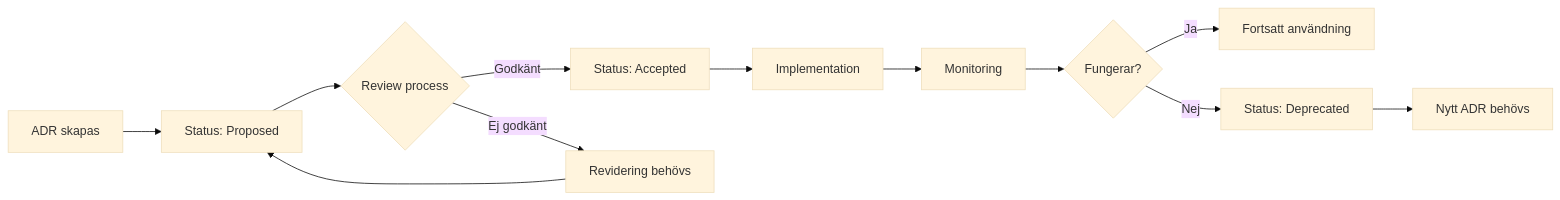
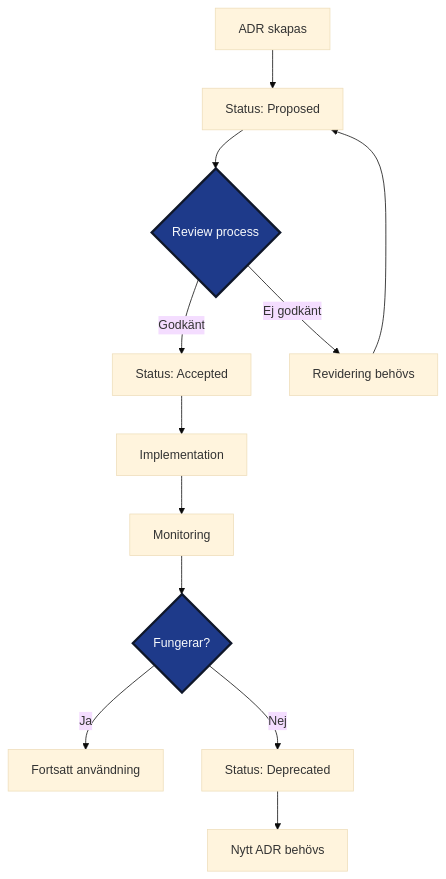
The diagram in docs/images/diagram_04_adr_lifecycle.mmd (Geonitab/architecture_as_code), drawn with Mermaid (base theme) before and after one commit.

Commit message:
Adjust ADR lifecycle diagram orientation and styling

```diff
--- a/docs/images/diagram_04_adr_lifecycle.mmd
+++ b/docs/images/diagram_04_adr_lifecycle.mmd
@@ -1,12 +1,15 @@
-graph LR
+graph TD
     A[ADR skapas]:::kv-primary --> B[Status: Proposed]:::kv-highlight
-    B --> C{Review process}:::kv-outline
+    B --> C{Review process}:::kv-decision
     C -->|Godkänt| D[Status: Accepted]:::kv-accent
     C -->|Ej godkänt| E[Revidering behövs]:::kv-muted
     E --> B
     D --> F[Implementation]:::kv-accent
     F --> G[Monitoring]:::kv-highlight
-    G --> H{Fungerar?}:::kv-outline
+    G --> H{Fungerar?}:::kv-decision
     H -->|Ja| I[Fortsatt användning]:::kv-accent
     H -->|Nej| J[Status: Deprecated]:::kv-muted
     J --> K[Nytt ADR behövs]:::kv-pattern
+
+    classDef kv-decision fill:#1E3A8A,stroke:#0F172A,color:#F8FAFC,stroke-width:3px
+    class C,H kv-decision
```
